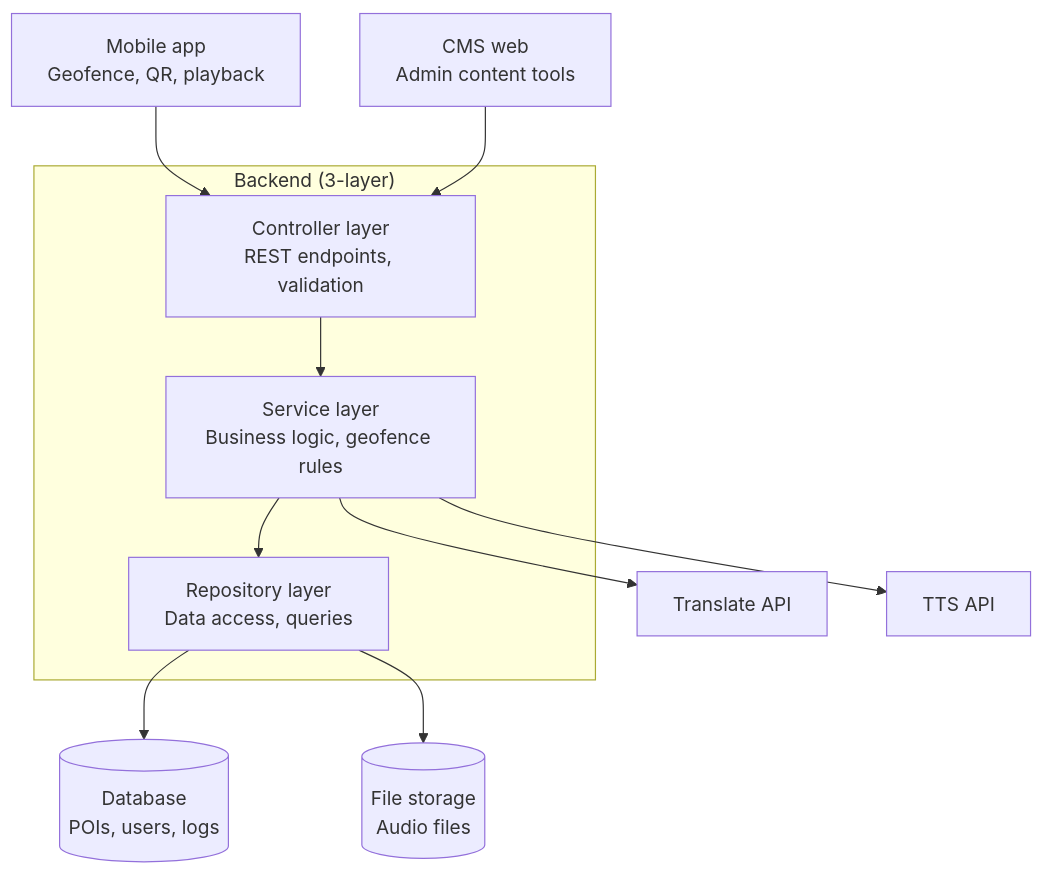
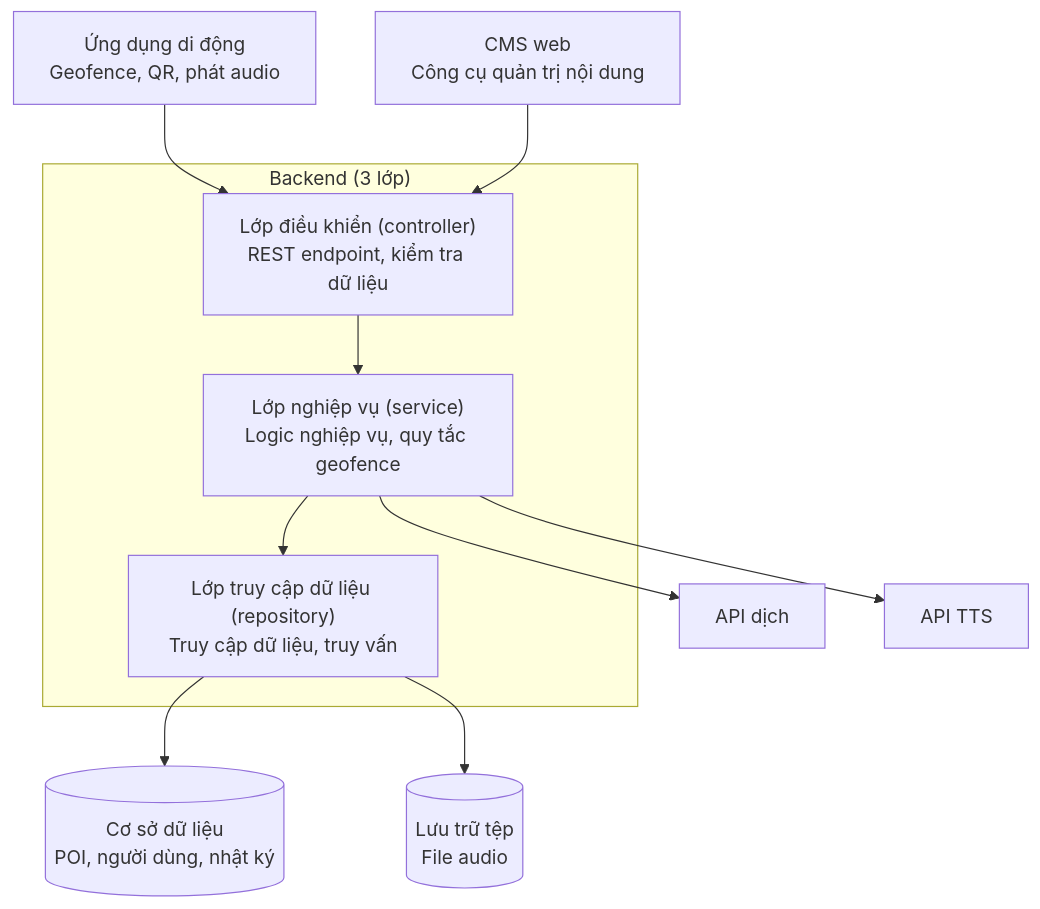
One commit to AiraLeFatale/CongNghePhanMem_Project changed the third of 6 diagrams in README.md. Above: the diagram before and after it, drawn with Mermaid. The commit also changed other lines of this file and 11 other files, not shown here.

````diff
--- a/README.md
+++ b/README.md
@@ -88,25 +90,25 @@
 ```mermaid
 flowchart TB
-    MOBILE["Mobile app<br/>Geofence, QR, playback"]
-    CMS["CMS web<br/>Admin content tools"]
+    MOBILE["Ứng dụng di động<br/>Geofence, QR, phát audio"]
+    CMS["CMS web<br/>Công cụ quản trị nội dung"]
 
-    subgraph BACKEND["Backend (3-layer)"]
-        CTRL["Controller layer<br/>REST endpoints, validation"]
-        SVC["Service layer<br/>Business logic, geofence rules"]
-        REPO["Repository layer<br/>Data access, queries"]
+    subgraph BACKEND["Backend (3 lớp)"]
+        CTRL["Lớp điều khiển (controller)<br/>REST endpoint, kiểm tra dữ liệu"]
+        SVC["Lớp nghiệp vụ (service)<br/>Logic nghiệp vụ, quy tắc geofence"]
+        REPO["Lớp truy cập dữ liệu (repository)<br/>Truy cập dữ liệu, truy vấn"]
     end
 
-    TR["Translate API"]
-    TTS["TTS API"]
-    DB[("Database<br/>POIs, users, logs")]
-    FS[("File storage<br/>Audio files")]
+    TR["API dịch"]
+    TTS["API TTS"]
+    DB[("Cơ sở dữ liệu<br/>POI, người dùng, nhật ký")]
+    FS[("Lưu trữ tệp<br/>File audio")]
 
     MOBILE --> CTRL
     CMS --> CTRL
     CTRL --> SVC
     SVC --> REPO
     SVC --> TR
     SVC --> TTS
     REPO --> DB
     REPO --> FS
 ```
````
